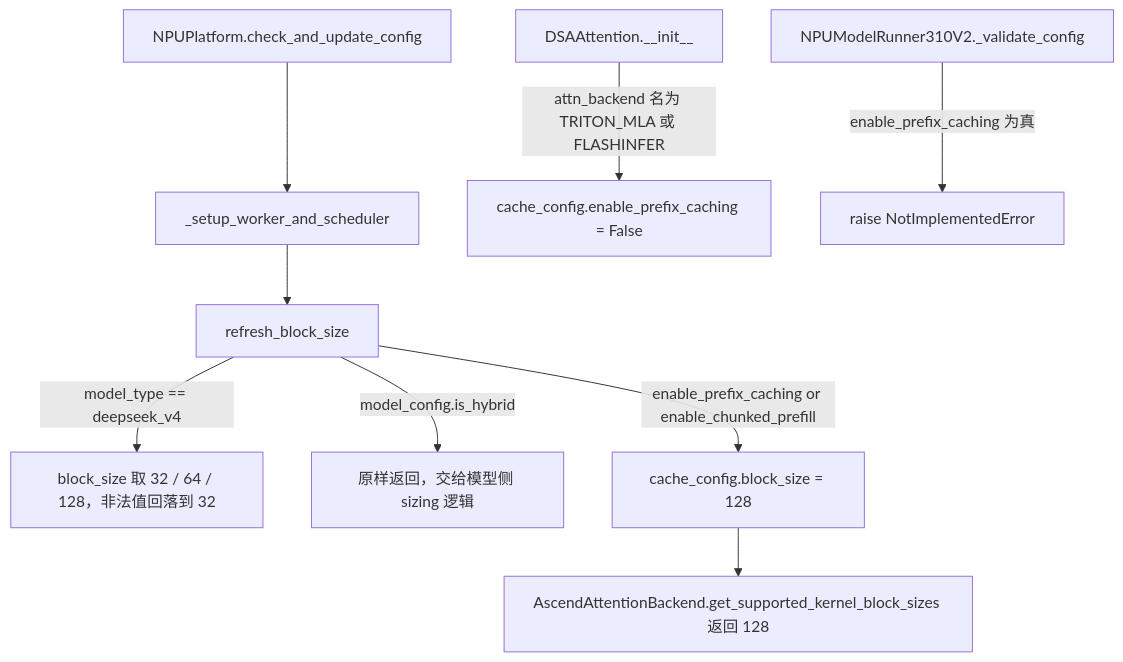
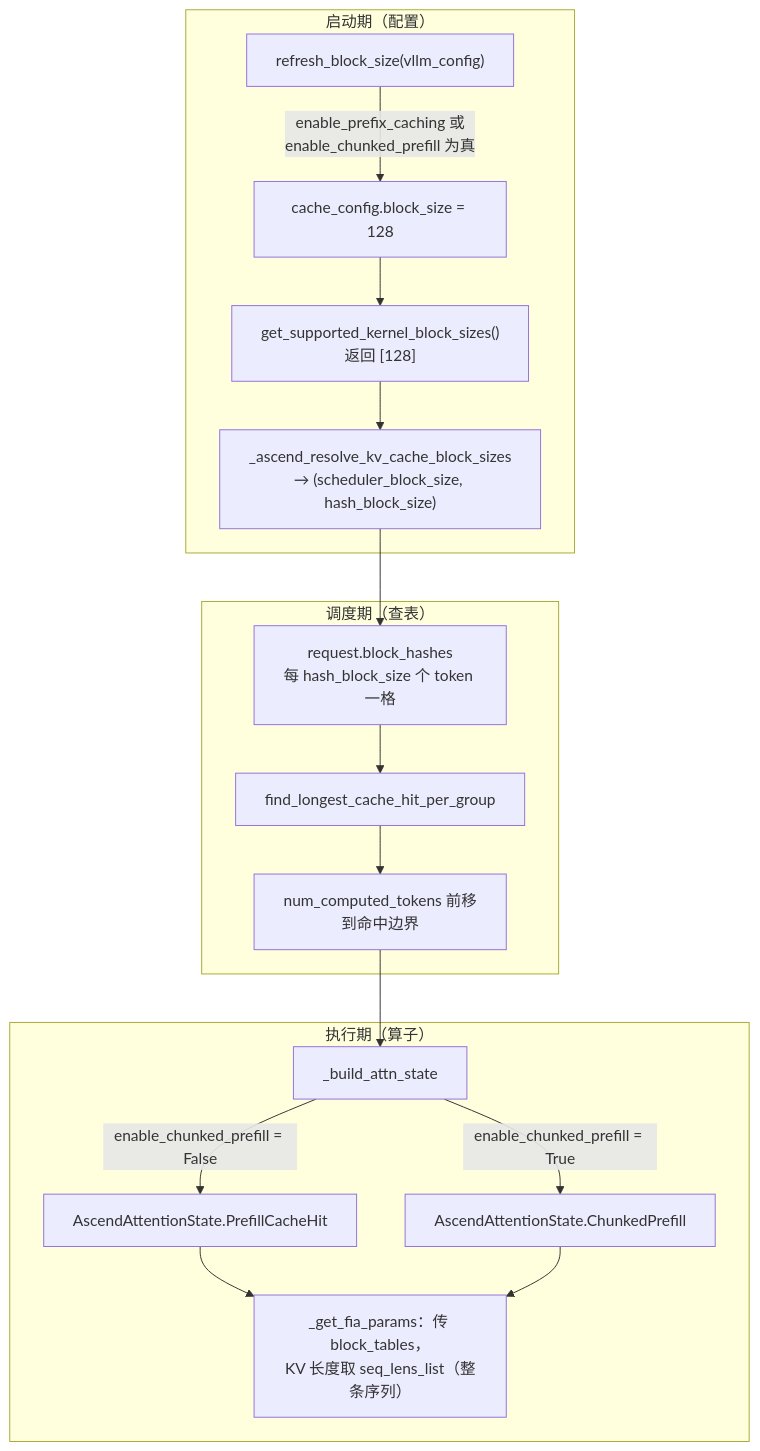
The diagram in wiki/concepts/prefix-caching.md (BailanCaptain/infer-lab), drawn with Mermaid before and after one commit. The commit also changed other lines of this file and 30 other files, not shown here.

First line of the commit message:
feat(F001): 11 页按图重写完成——答案从读一页变成读四页并按关系组织

````diff
--- a/wiki/concepts/prefix-caching.md
+++ b/wiki/concepts/prefix-caching.md
@@ -65,11 +57,20 @@
 ```mermaid
 flowchart TD
-    A["NPUPlatform.check_and_update_config"] --> B["_setup_worker_and_scheduler"]
-    B --> C["refresh_block_size"]
-    C -->|"model_type == deepseek_v4"| D["block_size 取 32 / 64 / 128，非法值回落到 32"]
-    C -->|"model_config.is_hybrid"| E["原样返回，交给模型侧 sizing 逻辑"]
-    C -->|"enable_prefix_caching or enable_chunked_prefill"| F["cache_config.block_size = 128"]
-    F --> G["AscendAttentionBackend.get_supported_kernel_block_sizes 返回 128"]
-    H["DSAAttention.__init__"] -->|"attn_backend 名为 TRITON_MLA 或 FLASHINFER"| I["cache_config.enable_prefix_caching = False"]
-    J["NPUModelRunner310V2._validate_config"] -->|"enable_prefix_caching 为真"| K["raise NotImplementedError"]
+  subgraph S1["启动期（配置）"]
+    A["refresh_block_size(vllm_config)"] -->|"enable_prefix_caching 或<br/>enable_chunked_prefill 为真"| B["cache_config.block_size = 128"]
+    B --> C["get_supported_kernel_block_sizes()<br/>返回 [128]"]
+    C --> D["_ascend_resolve_kv_cache_block_sizes<br/>→ (scheduler_block_size, hash_block_size)"]
+  end
+  subgraph S2["调度期（查表）"]
+    D --> E["request.block_hashes<br/>每 hash_block_size 个 token 一格"]
+    E --> F["find_longest_cache_hit_per_group"]
+    F --> G["num_computed_tokens 前移到命中边界"]
+  end
+  subgraph S3["执行期（算子）"]
+    G --> H["_build_attn_state"]
+    H -->|"enable_chunked_prefill = False"| I["AscendAttentionState.PrefillCacheHit"]
+    H -->|"enable_chunked_prefill = True"| J["AscendAttentionState.ChunkedPrefill"]
+    I --> K["_get_fia_params：传 block_tables，<br/>KV 长度取 seq_lens_list（整条序列）"]
+    J --> K
+  end
 ```
````
